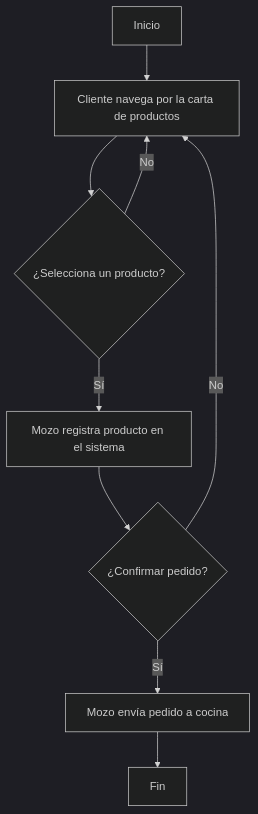
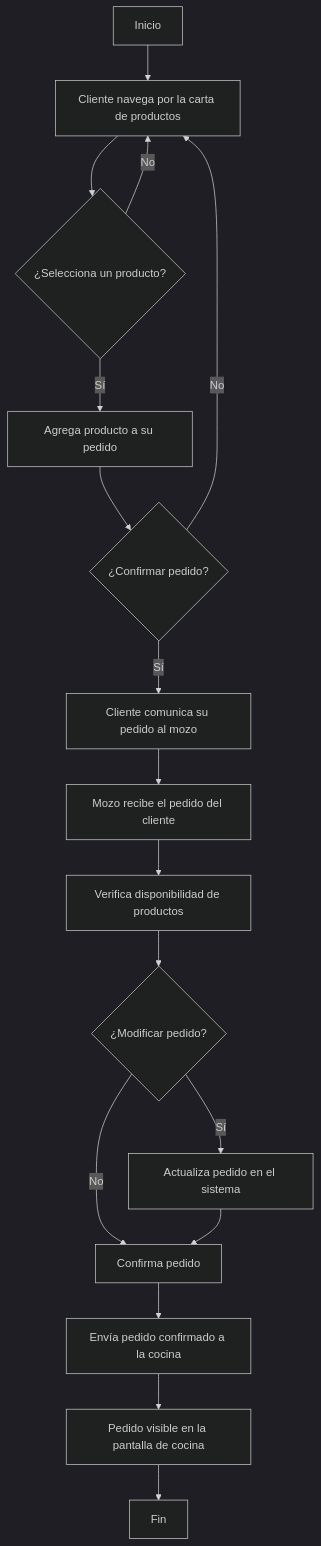
One commit to betoportugalc/ProyectoCafecito changed the first of 2 diagrams in Diagramas_De_Flujo.md. Above: the diagram before and after it, drawn with Mermaid (dark theme). The commit also changed other lines of this file, not shown here.

````diff
--- a/Diagramas_De_Flujo.md
+++ b/Diagramas_De_Flujo.md
@@ -3,11 +3,19 @@
 ```mermaid
 flowchart TD
     A[Inicio] --> B[Cliente navega por la carta de productos]
     B --> C{¿Selecciona un producto?}
     C -->|No| B
-    C -->|Sí| D[Mozo registra producto en el sistema]
+    C -->|Sí| D[Agrega producto a su pedido]
     D --> E{¿Confirmar pedido?}
     E -->|No| B
-    E -->|Sí| F[Mozo envía pedido a cocina]
-    F --> G[Fin]
+    E -->|Sí| F[Cliente comunica su pedido al mozo]
+    F --> G[Mozo recibe el pedido del cliente]
+    G --> H[Verifica disponibilidad de productos]
+    H --> I{¿Modificar pedido?}
+    I -->|Sí| J[Actualiza pedido en el sistema]
+    I -->|No| K[Confirma pedido]
+    J --> K
+    K --> L[Envía pedido confirmado a la cocina]
+    L --> M[Pedido visible en la pantalla de cocina]
+    M --> N[Fin]
 ```
````
